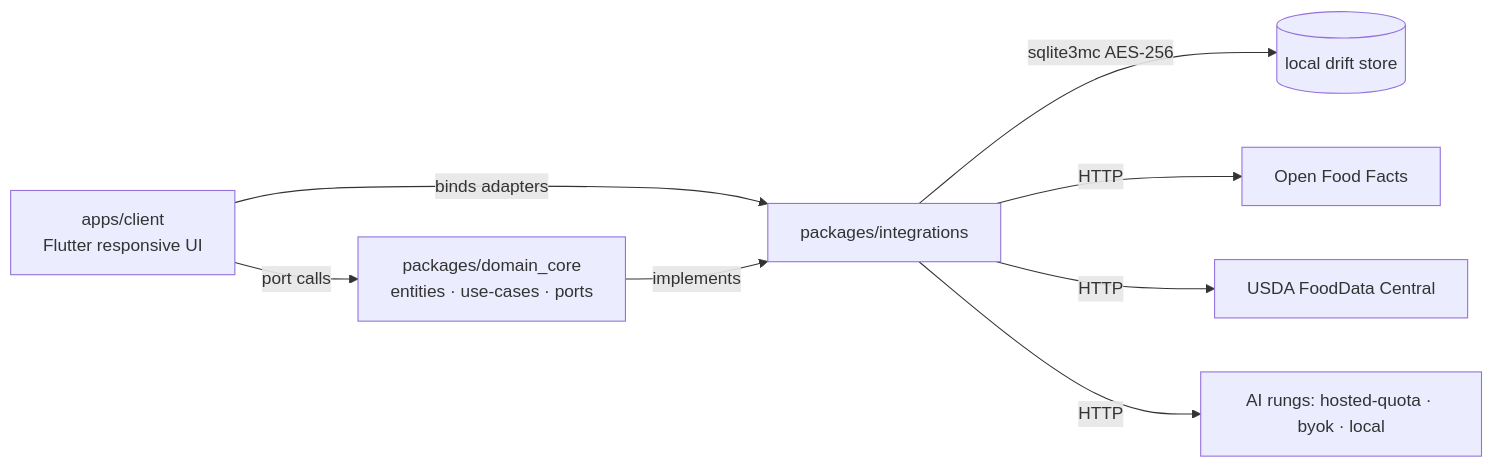
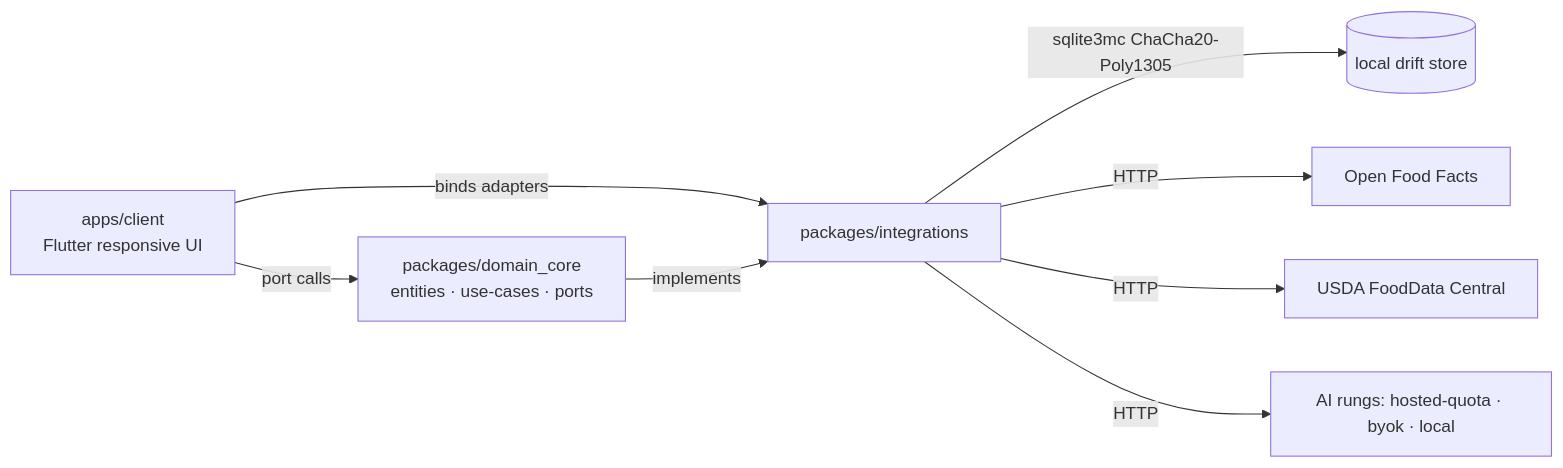
One commit to mmornati/ai-nutrition-coach changed the first of 2 diagrams in _bmad-output/planning-artifacts/architecture/architecture-openplate-2026-08-13/ARCHITECTURE-SPINE.md. Above: the diagram before and after it, drawn with Mermaid. The commit also changed other lines of this file and 56 other files, not shown here.

````diff
--- a/_bmad-output/planning-artifacts/architecture/architecture-openplate-2026-08-13/ARCHITECTURE-SPINE.md
+++ b/_bmad-output/planning-artifacts/architecture/architecture-openplate-2026-08-13/ARCHITECTURE-SPINE.md
@@ -124,10 +124,10 @@
 ```mermaid
 flowchart LR
     A[apps/client\nFlutter responsive UI] -->|port calls| C[packages/domain_core\nentities · use-cases · ports]
     A -->|binds adapters| I[packages/integrations]
     C -->|implements| I
-    I -->|sqlite3mc AES-256| DB[(local drift store)]
+    I -->|sqlite3mc ChaCha20-Poly1305| DB[(local drift store)]
     I -->|HTTP| OFF[Open Food Facts]
     I -->|HTTP| USDA[USDA FoodData Central]
     I -->|HTTP| AI[AI rungs: hosted-quota · byok · local]
 ```
````
